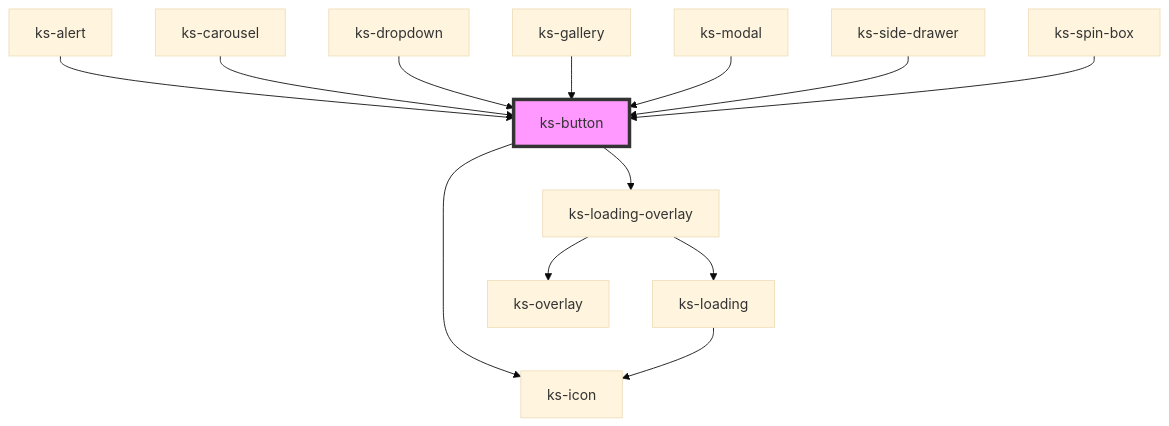
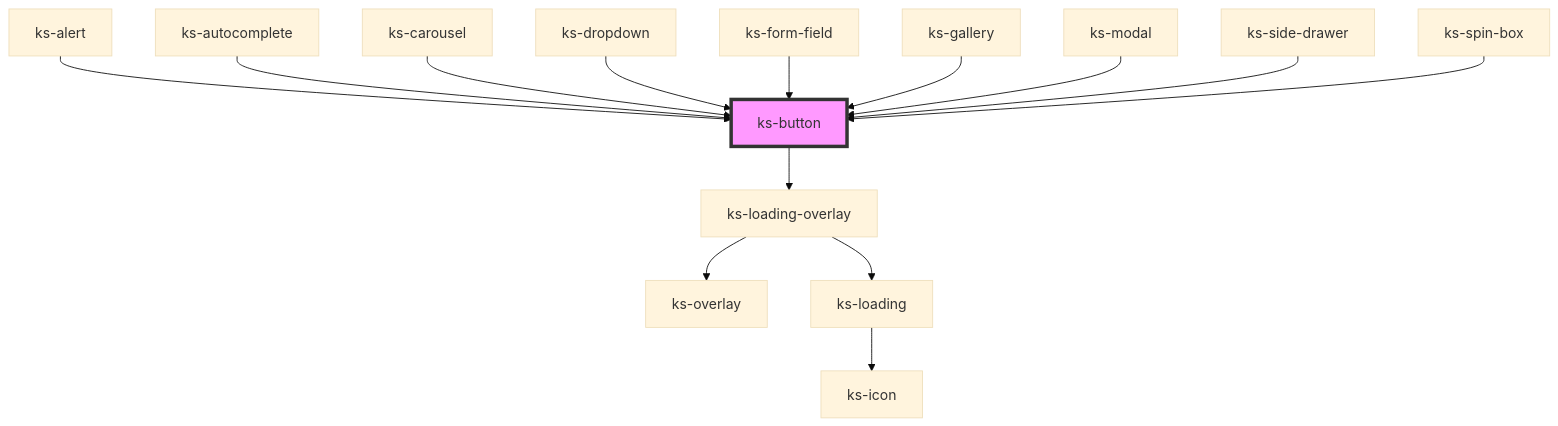
The diagram in src/scripts/components/button/readme.md (kickstand-ui/kickstand-ui), drawn with Mermaid (base theme) before and after one commit. The commit also changed other lines of this file and 405 other files, not shown here.

````diff
--- a/src/scripts/components/button/readme.md
+++ b/src/scripts/components/button/readme.md
@@ -51,16 +50,17 @@
 ```mermaid
 graph TD;
-  ks-button --> ks-icon
   ks-button --> ks-loading-overlay
   ks-loading-overlay --> ks-overlay
   ks-loading-overlay --> ks-loading
   ks-loading --> ks-icon
   ks-alert --> ks-button
+  ks-autocomplete --> ks-button
   ks-carousel --> ks-button
   ks-dropdown --> ks-button
+  ks-form-field --> ks-button
   ks-gallery --> ks-button
   ks-modal --> ks-button
   ks-side-drawer --> ks-button
   ks-spin-box --> ks-button
   style ks-button fill:#f9f,stroke:#333,stroke-width:4px
 ```
````
